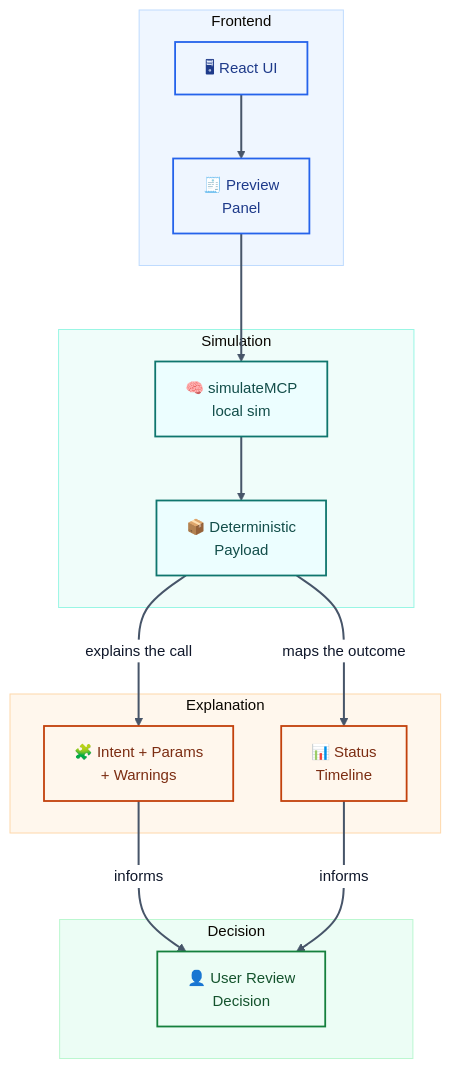
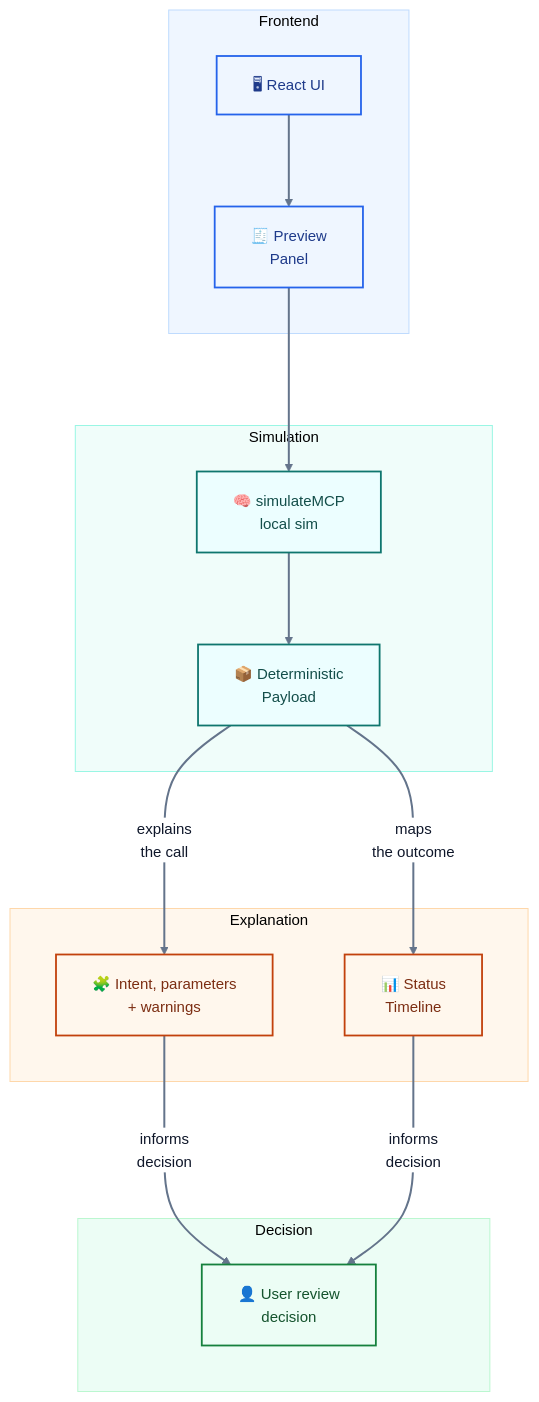
The fourth of 8 diagrams in README.md (sunshineluyao/Moss-Mcp-Transaction), drawn with Mermaid before and after one commit. The commit also changed other lines of this file, not shown here.

Commit message:
Polish Mermaid chart readability

````diff
--- a/README.md
+++ b/README.md
@@ -366,39 +366,39 @@
 ```mermaid
-%%{init: {'theme':'base','flowchart': {'htmlLabels': true, 'nodeSpacing': 48, 'rankSpacing': 64, 'curve': 'basis'},'themeVariables': {'fontFamily':'Inter, Segoe UI, sans-serif','fontSize':'15px','primaryTextColor':'#0f172a','lineColor':'#475569','clusterBkg':'#f8fafc','clusterBorder':'#cbd5e1','edgeLabelBackground':'#ffffff'}}}%%
+%%{init: {'theme':'base','flowchart': {'htmlLabels': true, 'nodeSpacing': 72, 'rankSpacing': 92, 'curve': 'basis', 'padding': 18},'themeVariables': {'fontFamily':'Inter, Segoe UI, sans-serif','fontSize':'15px','primaryTextColor':'#0f172a','lineColor':'#64748b','clusterBkg':'#f8fafc','clusterBorder':'#cbd5e1','edgeLabelBackground':'#ffffff','primaryBorderColor':'#2563eb','primaryColor':'#eff6ff'}}}%%
 flowchart TB
   subgraph L1[Frontend]
     UI["🖥 React UI"] --> Preview["🧾 Preview<br/>Panel"]
   end
 
   subgraph L2[Simulation]
     Engine["🧠 simulateMCP<br/>local sim"] --> Data["📦 Deterministic<br/>Payload"]
   end
 
   subgraph L3[Explanation]
-    Cards["🧩 Intent + Params<br/>+ Warnings"]
+    Cards["🧩 Intent, parameters<br/>+ warnings"]
     Timeline["📊 Status<br/>Timeline"]
   end
 
   subgraph L4[Decision]
-    User["👤 User Review<br/>Decision"]
+    User["👤 User review<br/>decision"]
   end
 
   Preview --> Engine
-  Data -->|explains the call| Cards -->|informs| User
-  Data -->|maps the outcome| Timeline -->|informs| User
+  Data -->|explains<br/>the call| Cards -->|informs<br/>decision| User
+  Data -->|maps<br/>the outcome| Timeline -->|informs<br/>decision| User
 
   classDef frontend fill:#eff6ff,stroke:#2563eb,stroke-width:1.8px,color:#1e3a8a;
   classDef sim fill:#ecfeff,stroke:#0f766e,stroke-width:1.8px,color:#134e4a;
   classDef explain fill:#fff7ed,stroke:#c2410c,stroke-width:1.8px,color:#7c2d12;
   classDef decision fill:#ecfdf5,stroke:#15803d,stroke-width:1.8px,color:#14532d;
 
   class UI,Preview frontend;
   class Engine,Data sim;
   class Cards,Timeline explain;
   class User decision;
   style L1 fill:#eff6ff,stroke:#bfdbfe,stroke-width:1px
   style L2 fill:#f0fdfa,stroke:#99f6e4,stroke-width:1px
   style L3 fill:#fff7ed,stroke:#fed7aa,stroke-width:1px
   style L4 fill:#ecfdf5,stroke:#bbf7d0,stroke-width:1px
-  linkStyle default stroke:#475569,stroke-width:2px;
+  linkStyle default stroke:#64748b,stroke-width:2px;
 ```
````
